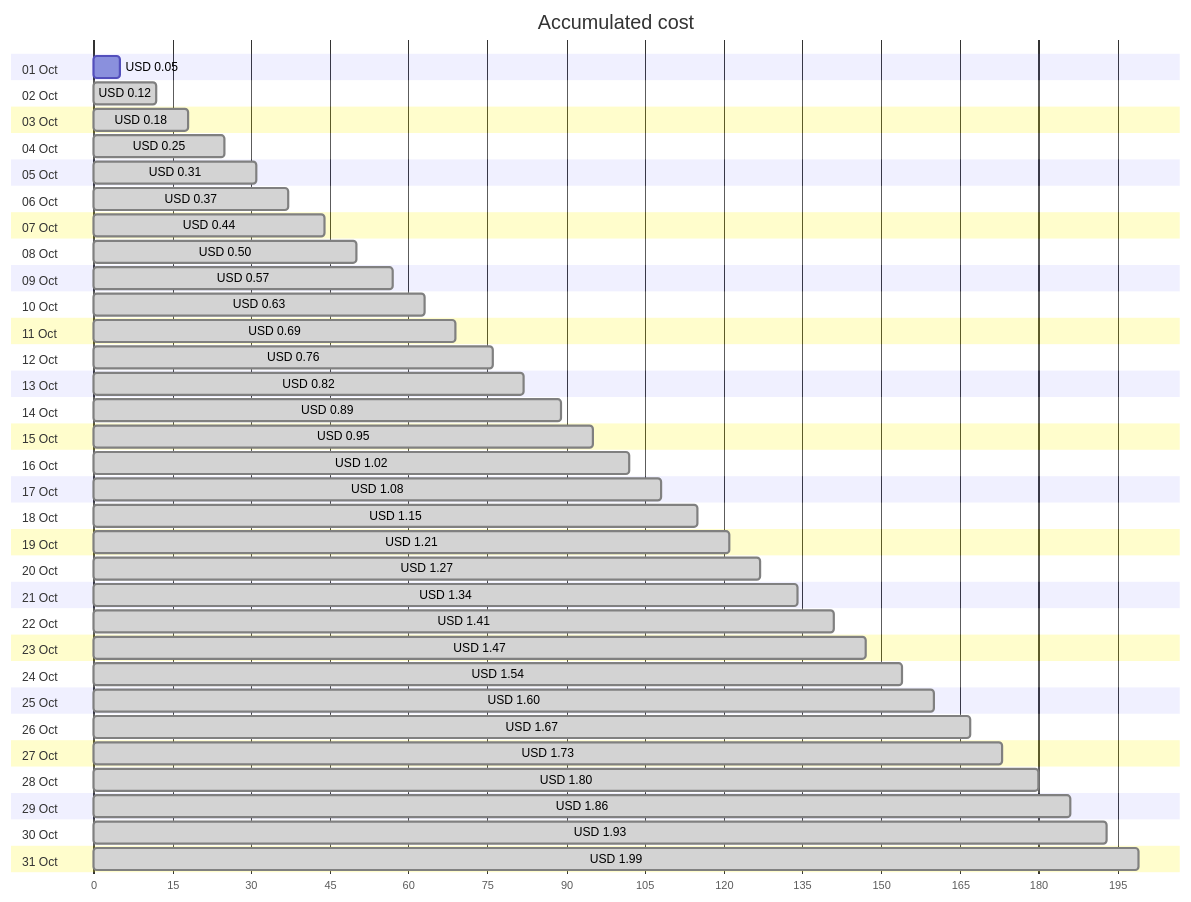
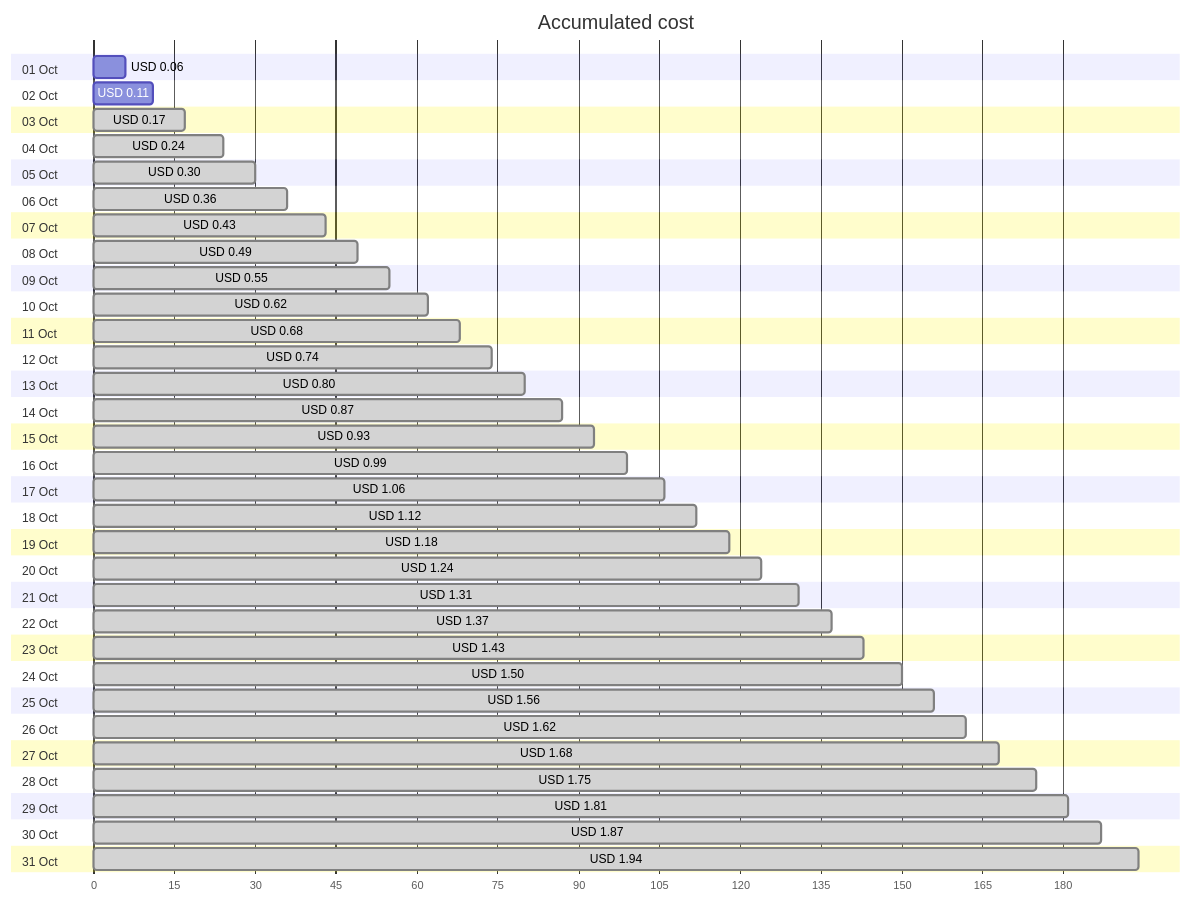
The first of 4 diagrams in cost-reports/personal-network/backup-server_OsDisk.md (jpfulton/azure-personal-reports), drawn with Mermaid before and after one commit. The commit also changed other lines of this file and 8 other files, not shown here.

````diff
--- a/cost-reports/personal-network/backup-server_OsDisk.md
+++ b/cost-reports/personal-network/backup-server_OsDisk.md
@@ -20,68 +20,68 @@
 ```mermaid
 gantt
    title Accumulated cost
    dateFormat  X
    axisFormat %s
    section 01 Oct
-   USD 0.05 :0, 5
+   USD 0.06 :0, 6
    section 02 Oct
-   USD 0.12 : done, 0, 12
+   USD 0.11 :0, 11
    section 03 Oct
-   USD 0.18 : done, 0, 18
+   USD 0.17 : done, 0, 17
    section 04 Oct
-   USD 0.25 : done, 0, 25
+   USD 0.24 : done, 0, 24
    section 05 Oct
-   USD 0.31 : done, 0, 31
+   USD 0.30 : done, 0, 30
    section 06 Oct
-   USD 0.37 : done, 0, 37
+   USD 0.36 : done, 0, 36
    section 07 Oct
-   USD 0.44 : done, 0, 44
+   USD 0.43 : done, 0, 43
    section 08 Oct
-   USD 0.50 : done, 0, 50
+   USD 0.49 : done, 0, 49
    section 09 Oct
-   USD 0.57 : done, 0, 57
+   USD 0.55 : done, 0, 55
    section 10 Oct
-   USD 0.63 : done, 0, 63
+   USD 0.62 : done, 0, 62
    section 11 Oct
-   USD 0.69 : done, 0, 69
+   USD 0.68 : done, 0, 68
    section 12 Oct
-   USD 0.76 : done, 0, 76
+   USD 0.74 : done, 0, 74
    section 13 Oct
-   USD 0.82 : done, 0, 82
+   USD 0.80 : done, 0, 80
    section 14 Oct
-   USD 0.89 : done, 0, 89
+   USD 0.87 : done, 0, 87
    section 15 Oct
-   USD 0.95 : done, 0, 95
+   USD 0.93 : done, 0, 93
    section 16 Oct
-   USD 1.02 : done, 0, 102
+   USD 0.99 : done, 0, 99
    section 17 Oct
-   USD 1.08 : done, 0, 108
+   USD 1.06 : done, 0, 106
    section 18 Oct
-   USD 1.15 : done, 0, 115
+   USD 1.12 : done, 0, 112
    section 19 Oct
-   USD 1.21 : done, 0, 121
+   USD 1.18 : done, 0, 118
    section 20 Oct
-   USD 1.27 : done, 0, 127
+   USD 1.24 : done, 0, 124
    section 21 Oct
-   USD 1.34 : done, 0, 134
+   USD 1.31 : done, 0, 131
    section 22 Oct
-   USD 1.41 : done, 0, 141
+   USD 1.37 : done, 0, 137
    section 23 Oct
-   USD 1.47 : done, 0, 147
+   USD 1.43 : done, 0, 143
    section 24 Oct
-   USD 1.54 : done, 0, 154
+   USD 1.50 : done, 0, 150
    section 25 Oct
-   USD 1.60 : done, 0, 160
+   USD 1.56 : done, 0, 156
    section 26 Oct
-   USD 1.67 : done, 0, 167
+   USD 1.62 : done, 0, 162
    section 27 Oct
-   USD 1.73 : done, 0, 173
+   USD 1.68 : done, 0, 168
    section 28 Oct
-   USD 1.80 : done, 0, 180
+   USD 1.75 : done, 0, 175
    section 29 Oct
-   USD 1.86 : done, 0, 186
+   USD 1.81 : done, 0, 181
    section 30 Oct
-   USD 1.93 : done, 0, 193
+   USD 1.87 : done, 0, 187
    section 31 Oct
-   USD 1.99 : done, 0, 199
+   USD 1.94 : done, 0, 194
 ```
````
